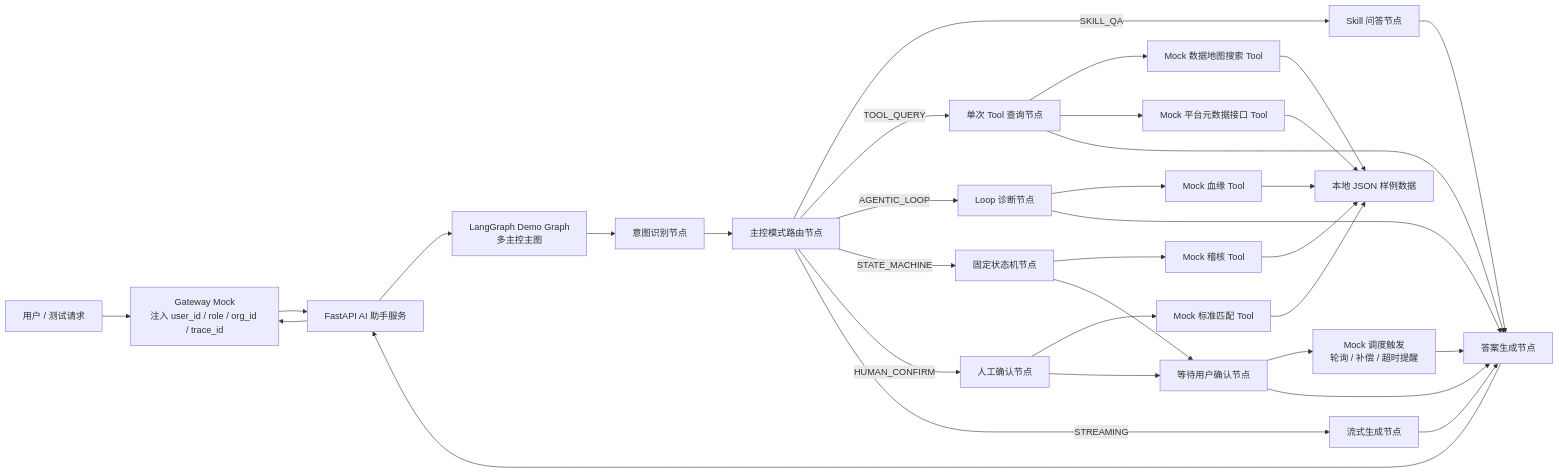
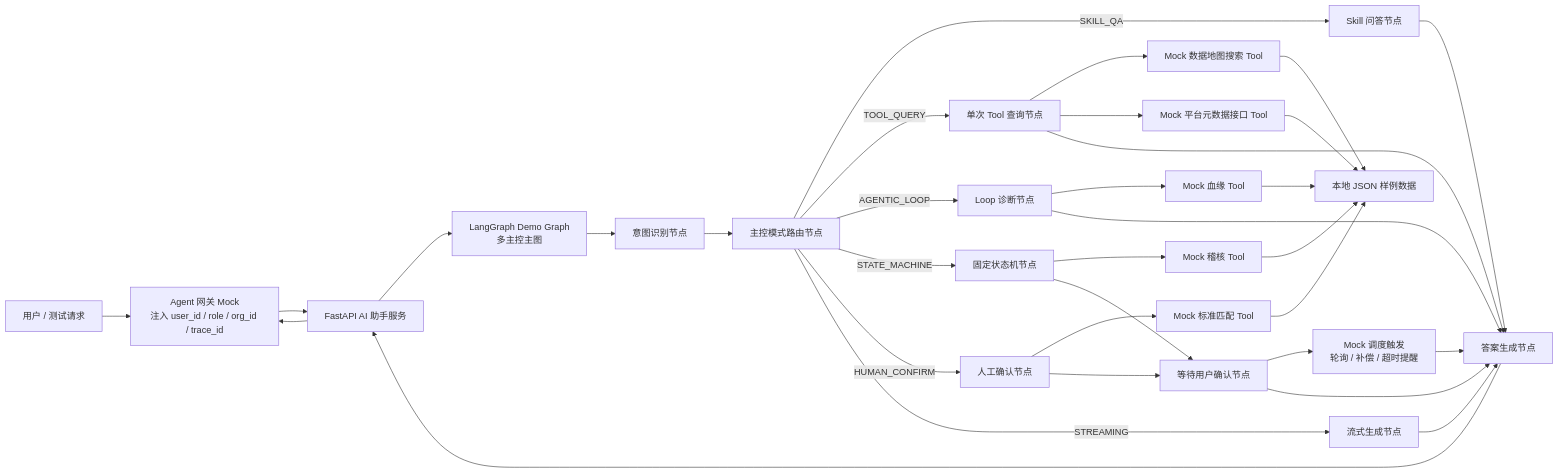
One commit to ShaneLiu001/dataasset changed the third of 8 diagrams in 数据资产助手/06-架构设计/01-数据资产助手技术架构设计.md. Above: the diagram before and after it, drawn with Mermaid. The commit also changed other lines of this file and 6 other files, not shown here.

````diff
--- a/数据资产助手/06-架构设计/01-数据资产助手技术架构设计.md
+++ b/数据资产助手/06-架构设计/01-数据资产助手技术架构设计.md
@@ -175,40 +185,40 @@
 ```mermaid
 flowchart LR
-  User[用户 / 测试请求] --> GatewayMock[Gateway Mock<br/>注入 user_id / role / org_id / trace_id]
+  User[用户 / 测试请求] --> GatewayMock[Agent 网关 Mock<br/>注入 user_id / role / org_id / trace_id]
   GatewayMock --> Api[FastAPI AI 助手服务]
 
   Api --> Graph[LangGraph Demo Graph<br/>多主控主图]
   Graph --> Intent[意图识别节点]
   Intent --> Route[主控模式路由节点]
 
   Route -->|SKILL_QA| SkillNode[Skill 问答节点]
   Route -->|TOOL_QUERY| AssetNode[单次 Tool 查询节点]
   Route -->|AGENTIC_LOOP| LineageNode[Loop 诊断节点]
   Route -->|STATE_MACHINE| QualityNode[固定状态机节点]
   Route -->|HUMAN_CONFIRM| GovernanceNode[人工确认节点]
   Route -->|STREAMING| StreamNode[流式生成节点]
 
   AssetNode --> ESTool[Mock 数据地图搜索 Tool]
   AssetNode --> MetadataTool[Mock 平台元数据接口 Tool]
   LineageNode --> MockLineage[Mock 血缘 Tool]
   QualityNode --> MockQuality[Mock 稽核 Tool]
   GovernanceNode --> MockStandard[Mock 标准匹配 Tool]
   Confirm --> MockScheduler[Mock 调度触发<br/>轮询 / 补偿 / 超时提醒]
 
   ESTool --> MockData[本地 JSON 样例数据]
   MetadataTool --> MockData
   MockLineage --> MockData
   MockQuality --> MockData
   MockStandard --> MockData
 
   AssetNode --> Answer[答案生成节点]
   SkillNode --> Answer
   LineageNode --> Answer
   StreamNode --> Answer
   QualityNode --> Confirm[等待用户确认节点]
   GovernanceNode --> Confirm
   Confirm --> Answer
   MockScheduler --> Answer
   Answer --> Api
   Api --> GatewayMock
 ```
````
